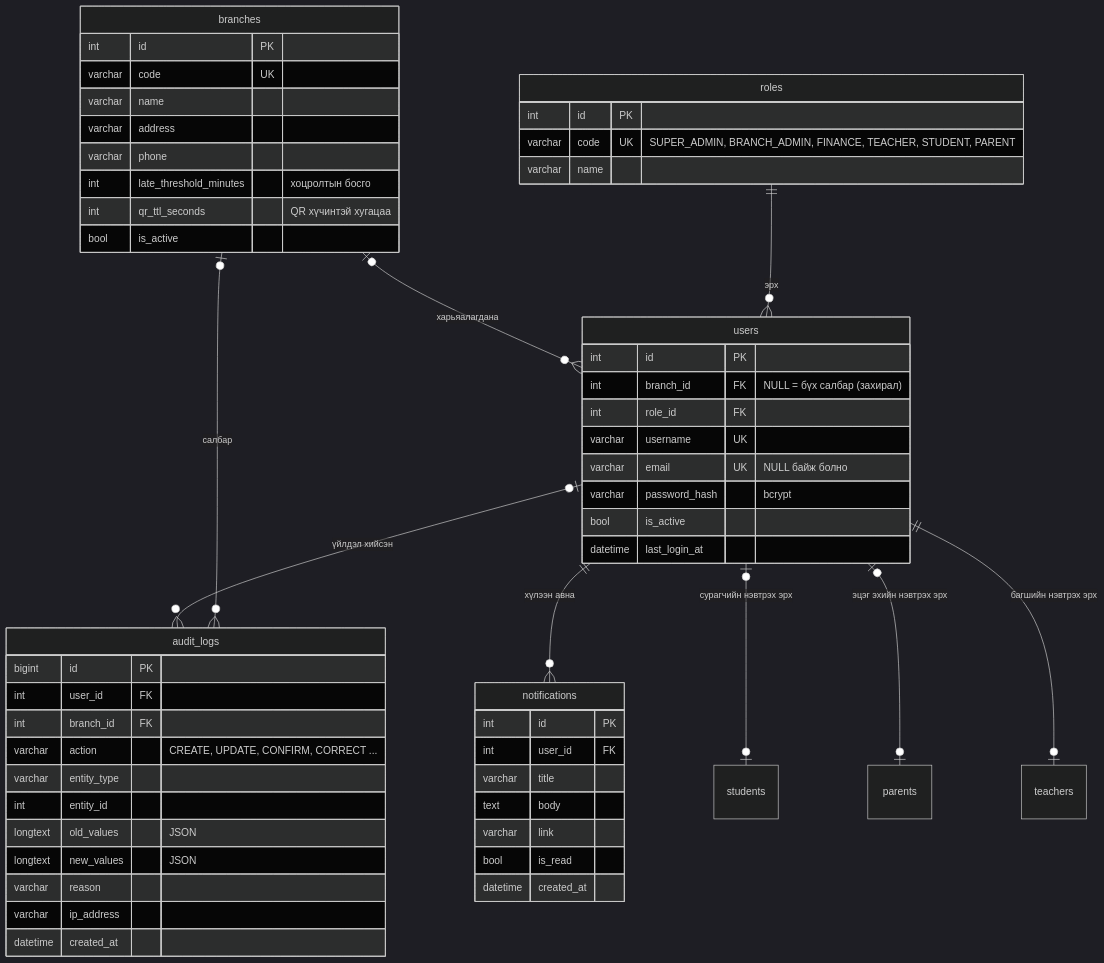
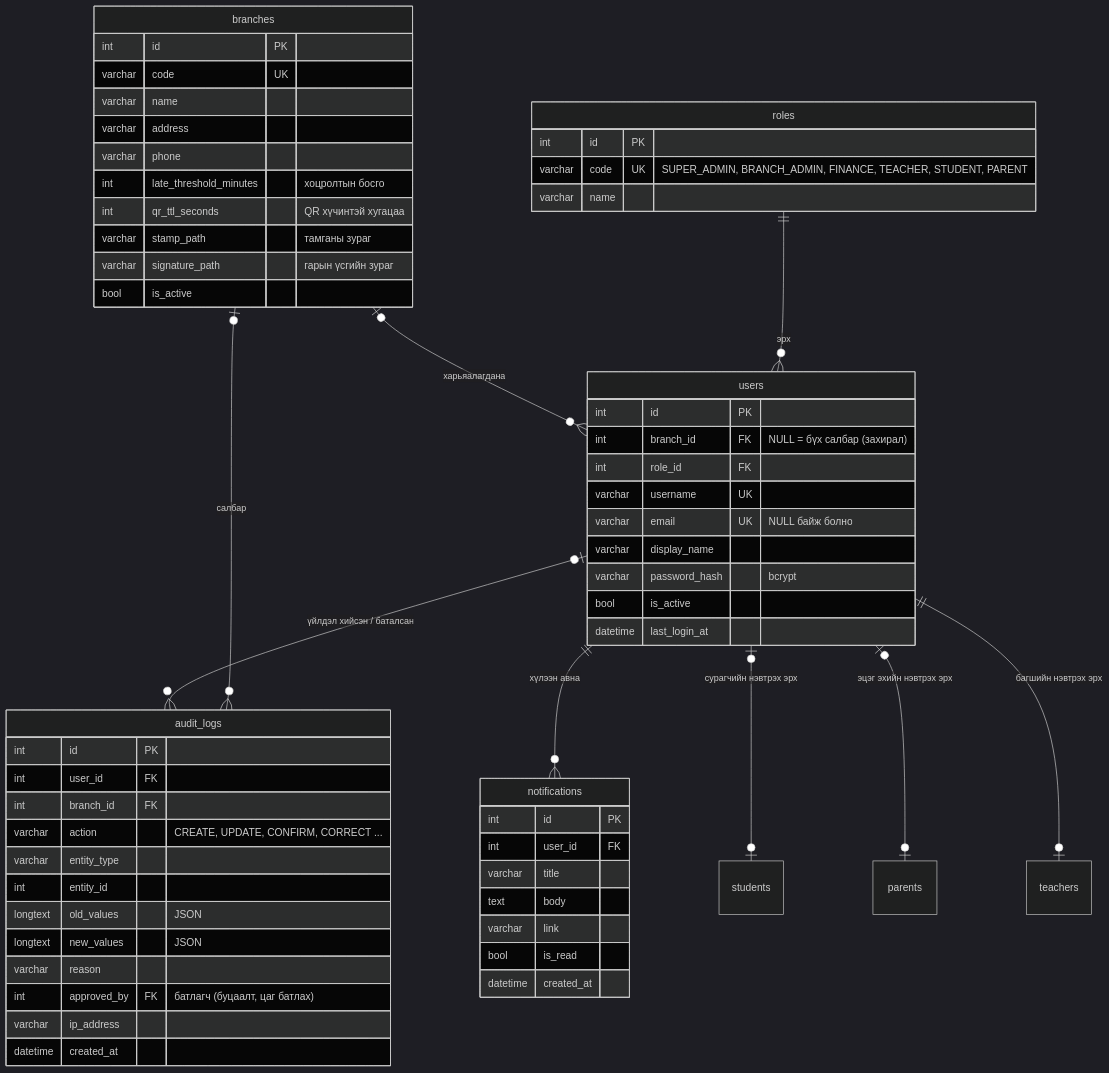
The first of 8 diagrams in docs/diagrams/erd.md (khashaa0013/english-center-erp), drawn with Mermaid (dark theme) before and after one commit. The commit also changed other lines of this file and 35 other files, not shown here.

````diff
--- a/docs/diagrams/erd.md
+++ b/docs/diagrams/erd.md
@@ -20,59 +22,63 @@
 ```mermaid
 erDiagram
     branches {
         int id PK
         varchar code UK
         varchar name
         varchar address
         varchar phone
         int late_threshold_minutes "хоцролтын босго"
         int qr_ttl_seconds "QR хүчинтэй хугацаа"
+        varchar stamp_path "тамганы зураг"
+        varchar signature_path "гарын үсгийн зураг"
         bool is_active
     }
     roles {
         int id PK
         varchar code UK "SUPER_ADMIN, BRANCH_ADMIN, FINANCE, TEACHER, STUDENT, PARENT"
         varchar name
     }
     users {
         int id PK
         int branch_id FK "NULL = бүх салбар (захирал)"
         int role_id FK
         varchar username UK
         varchar email UK "NULL байж болно"
+        varchar display_name
         varchar password_hash "bcrypt"
         bool is_active
         datetime last_login_at
     }
     audit_logs {
-        bigint id PK
+        int id PK
         int user_id FK
         int branch_id FK
         varchar action "CREATE, UPDATE, CONFIRM, CORRECT ..."
         varchar entity_type
         int entity_id
         longtext old_values "JSON"
         longtext new_values "JSON"
         varchar reason
+        int approved_by FK "батлагч (буцаалт, цаг батлах)"
         varchar ip_address
         datetime created_at
     }
     notifications {
         int id PK
         int user_id FK
         varchar title
         text body
         varchar link
         bool is_read
         datetime created_at
     }
 
     branches |o--o{ users : "харьяалагдана"
     roles ||--o{ users : "эрх"
-    users |o--o{ audit_logs : "үйлдэл хийсэн"
+    users |o--o{ audit_logs : "үйлдэл хийсэн / баталсан"
     branches |o--o{ audit_logs : "салбар"
     users ||--o{ notifications : "хүлээн авна"
     users |o--o| students : "сурагчийн нэвтрэх эрх"
     users |o--o| parents : "эцэг эхийн нэвтрэх эрх"
     users ||--o| teachers : "багшийн нэвтрэх эрх"
 ```
````
